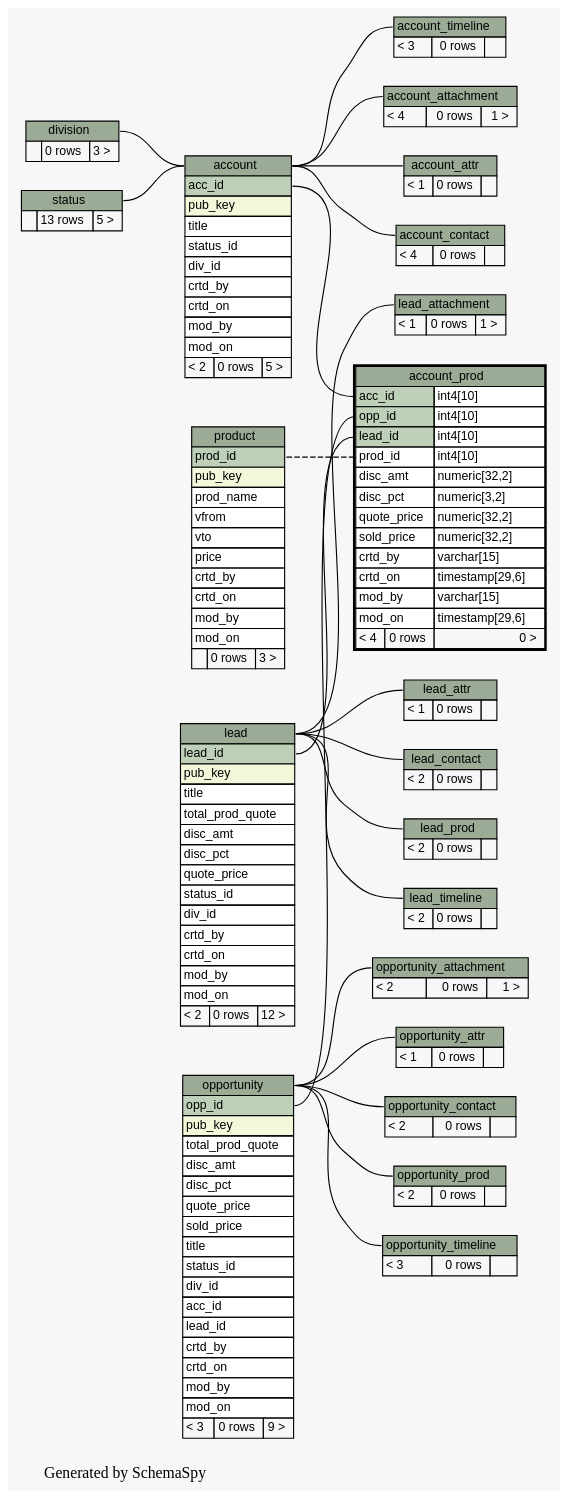
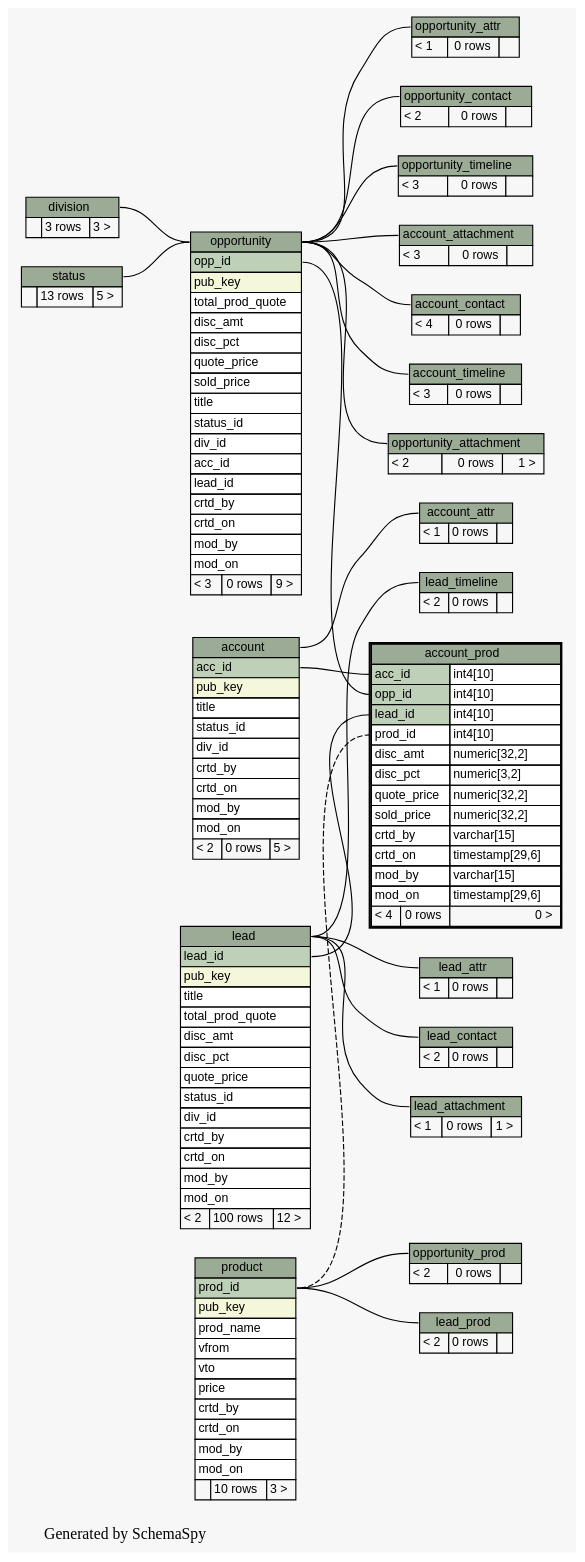
One commit to engineerscraft/salesforce changed the diagram in docs/database/schemaspy/graphs/account_prod.implied2degrees.dot. Above: the diagram before and after it, drawn with Graphviz. The commit also changed 180 other files, not shown here.

Commit message:
test data created for sales_rep, contact, division, product, lead created

```diff
--- a/docs/database/schemaspy/graphs/account_prod.implied2degrees.dot
+++ b/docs/database/schemaspy/graphs/account_prod.implied2degrees.dot
@@ -14,25 +14,25 @@
   edge [
     arrowsize="0.8"
   ];
-  "account":"account.heading":w -> "division":"division.heading":e [arrowtail=crowtee arrowhead=none];
-  "account":"account.heading":w -> "status":"status.heading":e [arrowtail=crowtee arrowhead=none];
-  "account_attachment":"account_attachment.heading":w -> "account":"account.heading":e [arrowtail=crowtee arrowhead=none];
+  "account_attachment":"account_attachment.heading":w -> "opportunity":"opportunity.heading":e [arrowtail=crowodot arrowhead=none];
   "account_attr":"account_attr.heading":w -> "account":"account.heading":e [arrowtail=tee arrowhead=none];
-  "account_contact":"account_contact.heading":w -> "account":"account.heading":e [arrowtail=crowtee arrowhead=none];
+  "account_contact":"account_contact.heading":w -> "opportunity":"opportunity.heading":e [arrowtail=crowtee arrowhead=none];
   "account_prod":"acc_id":w -> "account":"acc_id":e [arrowtail=crowtee arrowhead=none];
   "account_prod":"lead_id":w -> "lead":"lead_id":e [arrowtail=crowtee arrowhead=none];
   "account_prod":"opp_id":w -> "opportunity":"opp_id":e [arrowtail=crowtee arrowhead=none];
   "account_prod":"prod_id":w -> "product":"prod_id":e [arrowtail=crowtee arrowhead=none style=dashed];
-  "account_timeline":"account_timeline.heading":w -> "account":"account.heading":e [arrowtail=crowtee arrowhead=none];
+  "account_timeline":"account_timeline.heading":w -> "opportunity":"opportunity.heading":e [arrowtail=crowodot arrowhead=none];
   "lead_attachment":"lead_attachment.heading":w -> "lead":"lead.heading":e [arrowtail=crowtee arrowhead=none];
   "lead_attr":"lead_attr.heading":w -> "lead":"lead.heading":e [arrowtail=tee arrowhead=none];
   "lead_contact":"lead_contact.heading":w -> "lead":"lead.heading":e [arrowtail=crowtee arrowhead=none];
-  "lead_prod":"lead_prod.heading":w -> "lead":"lead.heading":e [arrowtail=crowtee arrowhead=none];
+  "lead_prod":"lead_prod.heading":w -> "product":"prod_id":e [arrowtail=crowtee arrowhead=none];
   "lead_timeline":"lead_timeline.heading":w -> "lead":"lead.heading":e [arrowtail=crowtee arrowhead=none];
+  "opportunity":"opportunity.heading":w -> "division":"division.heading":e [arrowtail=crowtee arrowhead=none];
+  "opportunity":"opportunity.heading":w -> "status":"status.heading":e [arrowtail=crowtee arrowhead=none];
   "opportunity_attachment":"opportunity_attachment.heading":w -> "opportunity":"opportunity.heading":e [arrowtail=crowtee arrowhead=none];
   "opportunity_attr":"opportunity_attr.heading":w -> "opportunity":"opportunity.heading":e [arrowtail=tee arrowhead=none];
   "opportunity_contact":"opportunity_contact.heading":w -> "opportunity":"opportunity.heading":e [arrowtail=crowtee arrowhead=none];
-  "opportunity_prod":"opportunity_prod.heading":w -> "opportunity":"opportunity.heading":e [arrowtail=crowtee arrowhead=none];
+  "opportunity_prod":"opportunity_prod.heading":w -> "product":"prod_id":e [arrowtail=crowtee arrowhead=none];
   "opportunity_timeline":"opportunity_timeline.heading":w -> "opportunity":"opportunity.heading":e [arrowtail=crowtee arrowhead=none];
   "account" [
     label=<
@@ -56,7 +56,7 @@
     label=<
     <TABLE BORDER="0" CELLBORDER="1" CELLSPACING="0" BGCOLOR="#ffffff">
       <TR><TD PORT="account_attachment.heading" COLSPAN="3" BGCOLOR="#9bab96" ALIGN="CENTER">account_attachment</TD></TR>
-      <TR><TD ALIGN="LEFT" BGCOLOR="#f7f7f7">&lt; 4</TD><TD ALIGN="RIGHT" BGCOLOR="#f7f7f7">0 rows</TD><TD ALIGN="RIGHT" BGCOLOR="#f7f7f7">1 &gt;</TD></TR>
+      <TR><TD ALIGN="LEFT" BGCOLOR="#f7f7f7">&lt; 3</TD><TD ALIGN="RIGHT" BGCOLOR="#f7f7f7">0 rows</TD><TD ALIGN="RIGHT" BGCOLOR="#f7f7f7">  </TD></TR>
     </TABLE>>
     URL="account_attachment.html#graph"
     tooltip="account_attachment"
@@ -113,7 +113,7 @@
     label=<
     <TABLE BORDER="0" CELLBORDER="1" CELLSPACING="0" BGCOLOR="#ffffff">
       <TR><TD PORT="division.heading" COLSPAN="3" BGCOLOR="#9bab96" ALIGN="CENTER">division</TD></TR>
-      <TR><TD ALIGN="LEFT" BGCOLOR="#f7f7f7">  </TD><TD ALIGN="RIGHT" BGCOLOR="#f7f7f7">0 rows</TD><TD ALIGN="RIGHT" BGCOLOR="#f7f7f7">3 &gt;</TD></TR>
+      <TR><TD ALIGN="LEFT" BGCOLOR="#f7f7f7">  </TD><TD ALIGN="RIGHT" BGCOLOR="#f7f7f7">3 rows</TD><TD ALIGN="RIGHT" BGCOLOR="#f7f7f7">3 &gt;</TD></TR>
     </TABLE>>
     URL="division.html#graph"
     tooltip="division"
@@ -135,7 +135,7 @@
       <TR><TD PORT="crtd_on" COLSPAN="3" ALIGN="LEFT">crtd_on</TD></TR>
       <TR><TD PORT="mod_by" COLSPAN="3" ALIGN="LEFT">mod_by</TD></TR>
       <TR><TD PORT="mod_on" COLSPAN="3" ALIGN="LEFT">mod_on</TD></TR>
-      <TR><TD ALIGN="LEFT" BGCOLOR="#f7f7f7">&lt; 2</TD><TD ALIGN="RIGHT" BGCOLOR="#f7f7f7">0 rows</TD><TD ALIGN="RIGHT" BGCOLOR="#f7f7f7">12 &gt;</TD></TR>
+      <TR><TD ALIGN="LEFT" BGCOLOR="#f7f7f7">&lt; 2</TD><TD ALIGN="RIGHT" BGCOLOR="#f7f7f7">100 rows</TD><TD ALIGN="RIGHT" BGCOLOR="#f7f7f7">12 &gt;</TD></TR>
     </TABLE>>
     URL="lead.html#graph"
     tooltip="lead"
@@ -269,7 +269,7 @@
       <TR><TD PORT="crtd_on" COLSPAN="3" ALIGN="LEFT">crtd_on</TD></TR>
       <TR><TD PORT="mod_by" COLSPAN="3" ALIGN="LEFT">mod_by</TD></TR>
       <TR><TD PORT="mod_on" COLSPAN="3" ALIGN="LEFT">mod_on</TD></TR>
-      <TR><TD ALIGN="LEFT" BGCOLOR="#f7f7f7">  </TD><TD ALIGN="RIGHT" BGCOLOR="#f7f7f7">0 rows</TD><TD ALIGN="RIGHT" BGCOLOR="#f7f7f7">3 &gt;</TD></TR>
+      <TR><TD ALIGN="LEFT" BGCOLOR="#f7f7f7">  </TD><TD ALIGN="RIGHT" BGCOLOR="#f7f7f7">10 rows</TD><TD ALIGN="RIGHT" BGCOLOR="#f7f7f7">3 &gt;</TD></TR>
     </TABLE>>
     URL="product.html#graph"
     tooltip="product"
```
